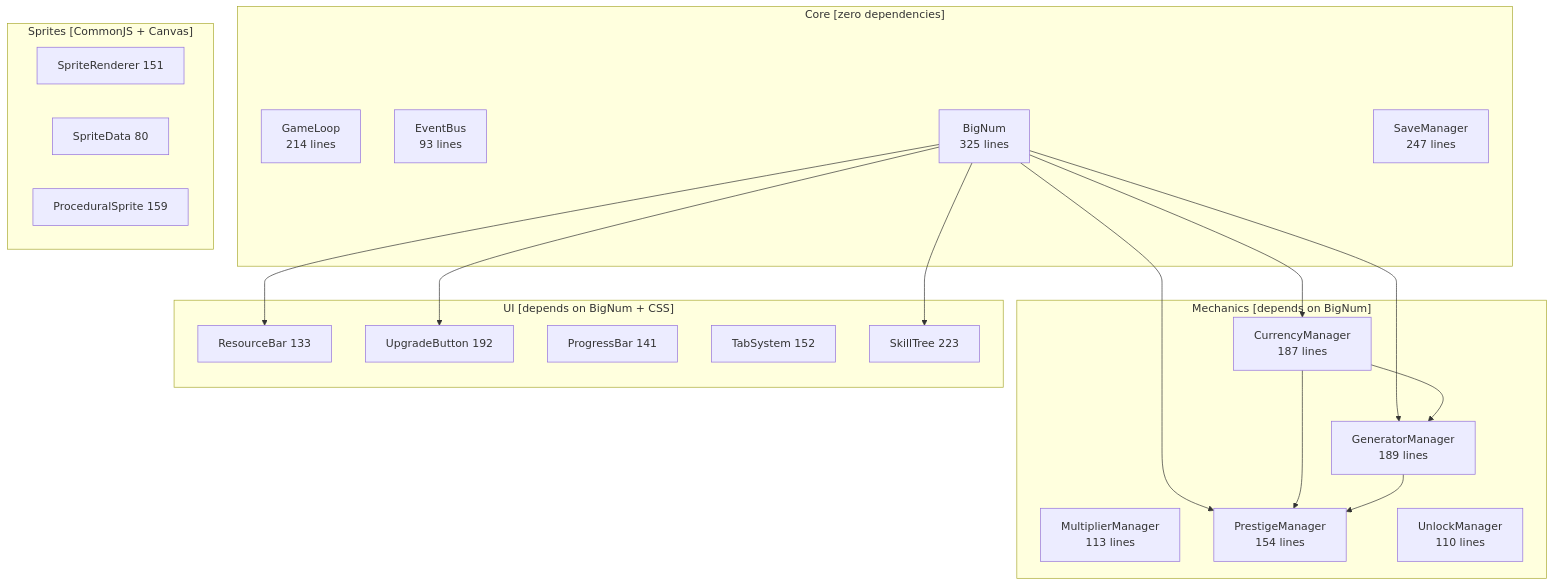
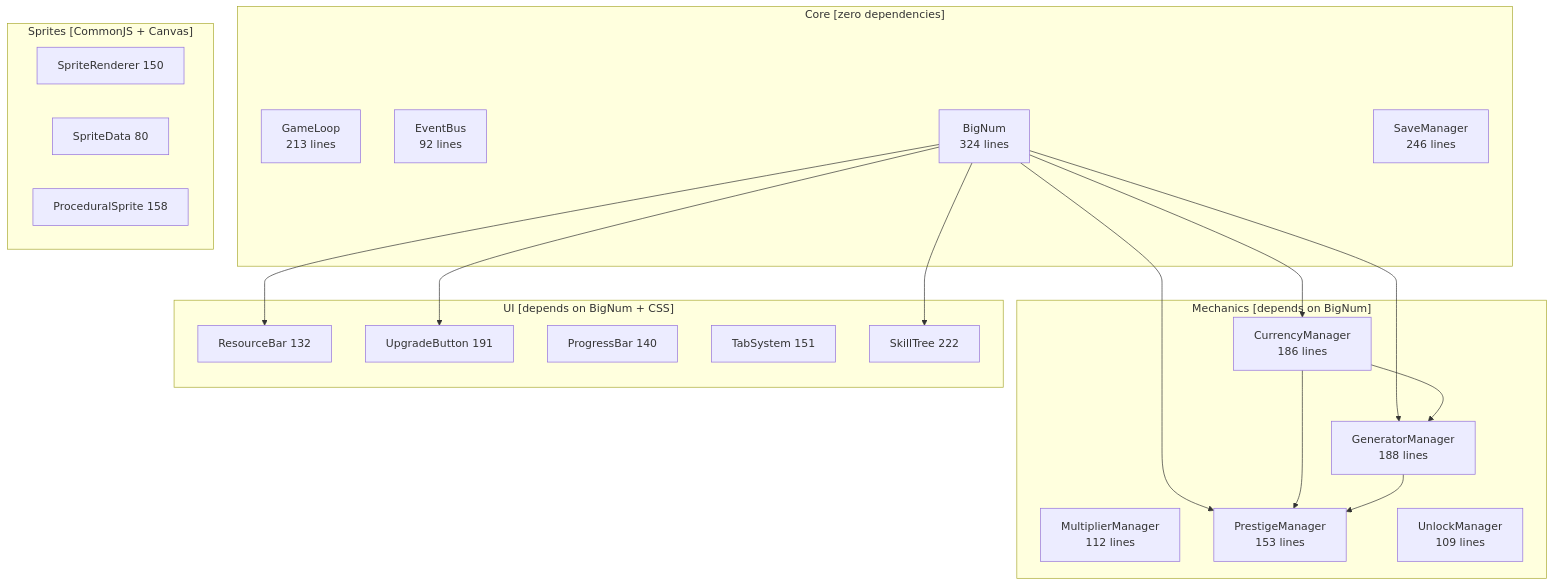
One commit to J-Gierend/gamePocGen changed the second of 2 diagrams in AI/document/00-system-overview.md. Above: the diagram before and after it, drawn with Mermaid. The commit also changed other lines of this file and 12 other files, not shown here.

First line of the commit message:
fix: regenerate all architecture docs from current source

````diff
--- a/AI/document/00-system-overview.md
+++ b/AI/document/00-system-overview.md
@@ -56,41 +58,41 @@
 ```mermaid
 graph TD
     subgraph "Core [zero dependencies]"
-        GL["GameLoop\n214 lines"]
-        EB["EventBus\n93 lines"]
-        BN["BigNum\n325 lines"]
-        SM["SaveManager\n247 lines"]
+        GL["GameLoop\n213 lines"]
+        EB["EventBus\n92 lines"]
+        BN["BigNum\n324 lines"]
+        SM["SaveManager\n246 lines"]
     end
 
     subgraph "Mechanics [depends on BigNum]"
-        CM2["CurrencyManager\n187 lines"]
-        GM["GeneratorManager\n189 lines"]
-        MM["MultiplierManager\n113 lines"]
-        PM["PrestigeManager\n154 lines"]
-        UM["UnlockManager\n110 lines"]
+        CM2["CurrencyManager\n186 lines"]
+        GM["GeneratorManager\n188 lines"]
+        MM["MultiplierManager\n112 lines"]
+        PM["PrestigeManager\n153 lines"]
+        UM["UnlockManager\n109 lines"]
     end
 
     subgraph "UI [depends on BigNum + CSS]"
-        RB["ResourceBar 133"]
-        UB["UpgradeButton 192"]
-        PB["ProgressBar 141"]
-        TS["TabSystem 152"]
-        SK["SkillTree 223"]
+        RB["ResourceBar 132"]
+        UB["UpgradeButton 191"]
+        PB["ProgressBar 140"]
+        TS["TabSystem 151"]
+        SK["SkillTree 222"]
     end
 
     subgraph "Sprites [CommonJS + Canvas]"
-        SR["SpriteRenderer 151"]
+        SR["SpriteRenderer 150"]
         SD["SpriteData 80"]
-        PS["ProceduralSprite 159"]
+        PS["ProceduralSprite 158"]
     end
 
     BN --> CM2
     BN --> GM
     CM2 --> GM
     BN --> PM
     CM2 --> PM
     GM --> PM
     BN --> RB
     BN --> UB
     BN --> SK
 ```
````
